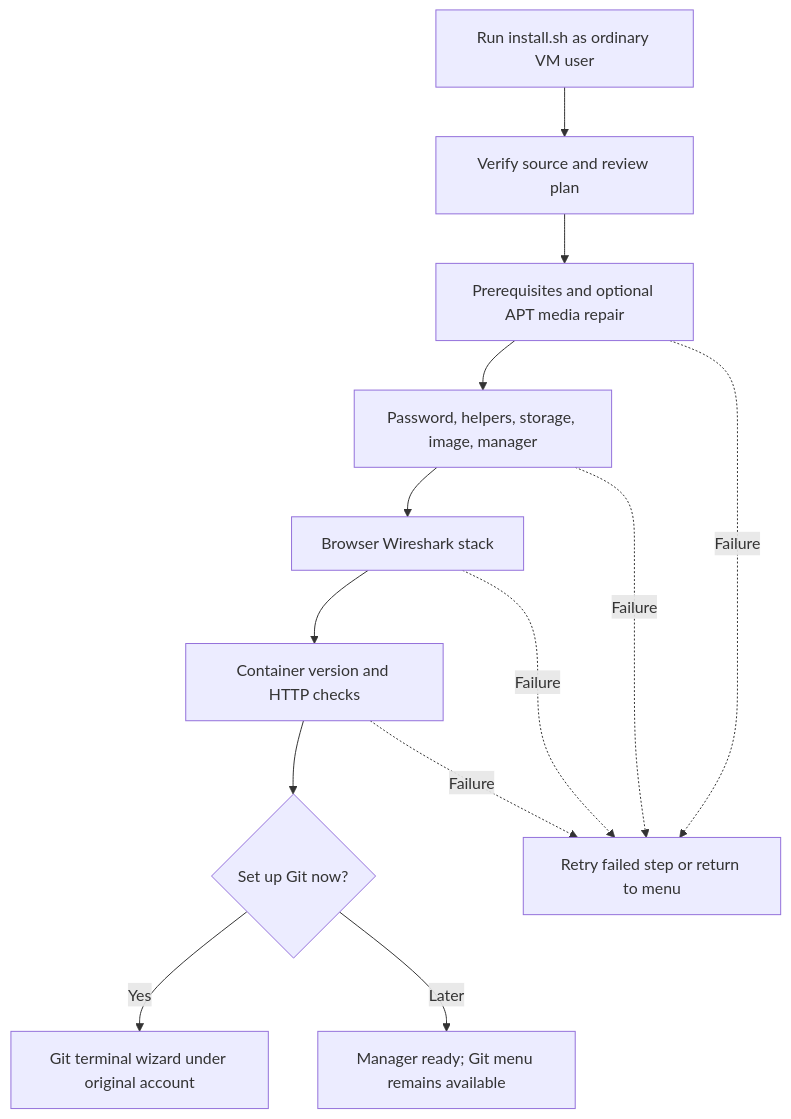
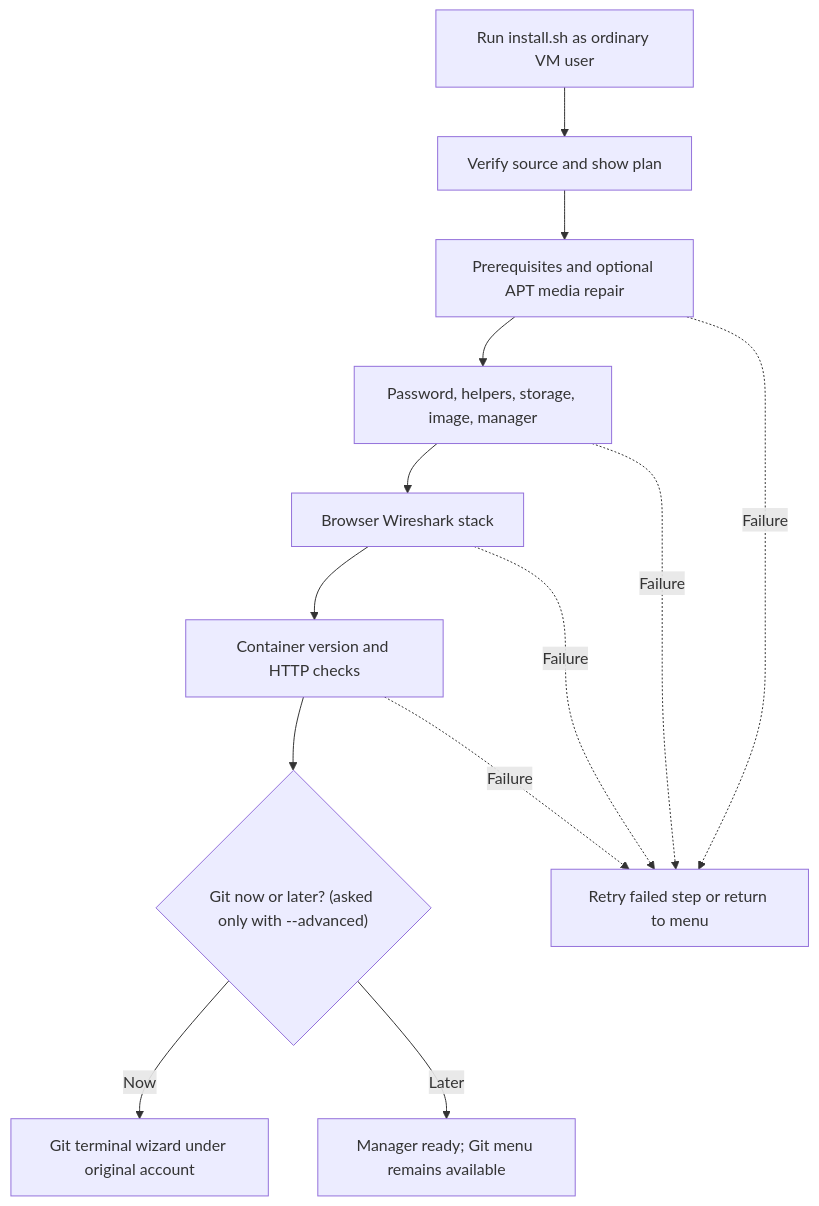
One commit to ArchRuger/CLAB-BACKUP-WORKER-v2 changed the diagram in docs/INSTALL.md. Above: the diagram before and after it, drawn with Mermaid. The commit also changed other lines of this file and 18 other files, not shown here.

Commit message:
Campaign 2: T02 design answers (14 must-fix, 21 should-fix, 10 low; binding amendments), D02a install and VM-connection guides matched to the installer, D02b Git guide labels, A07 verify_after.py pins the real device-menu order (107/107 on the fixture), A06 C06 items checked live on the parity lab

````diff
--- a/docs/INSTALL.md
+++ b/docs/INSTALL.md
@@ -109,15 +117,15 @@
 ```mermaid
 flowchart TD
-    A[Run install.sh as ordinary VM user] --> B[Verify source and review plan]
+    A[Run install.sh as ordinary VM user] --> B[Verify source and show plan]
     B --> C[Prerequisites and optional APT media repair]
     C --> D[Password, helpers, storage, image, manager]
     D --> E[Browser Wireshark stack]
     E --> G[Container version and HTTP checks]
-    G --> H{Set up Git now?}
-    H -- Yes --> I[Git terminal wizard under original account]
+    G --> H{"Git now or later? (asked only with --advanced)"}
+    H -- Now --> I[Git terminal wizard under original account]
     H -- Later --> J[Manager ready; Git menu remains available]
     C -. Failure .-> K[Retry failed step or return to menu]
     D -. Failure .-> K
     E -. Failure .-> K
     G -. Failure .-> K
 ```
````
